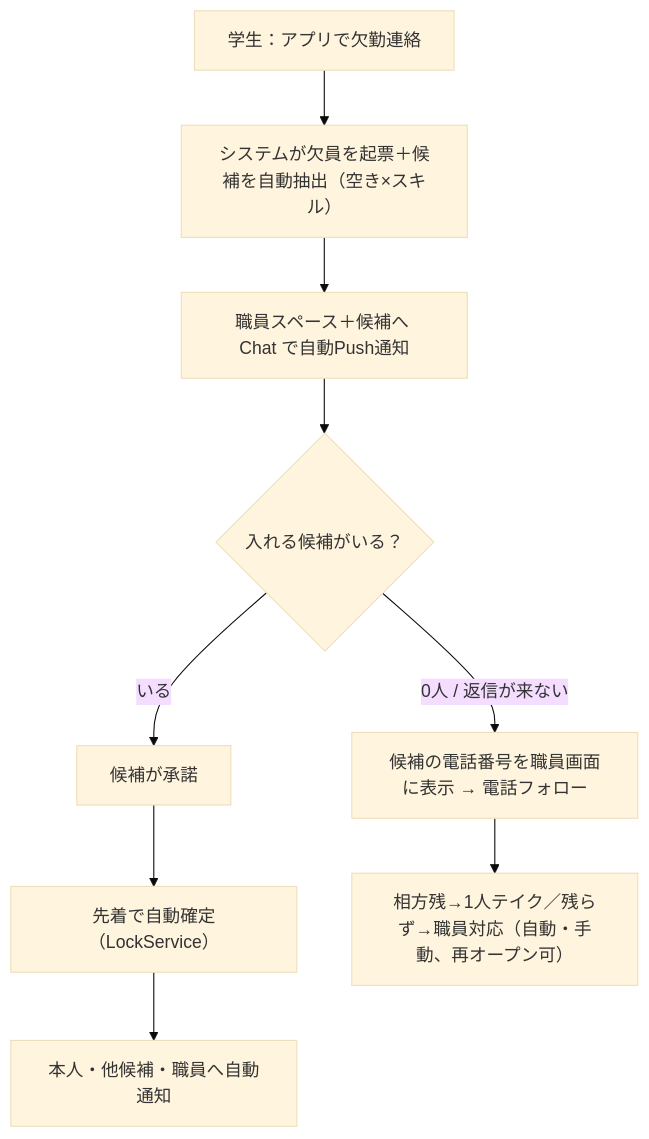
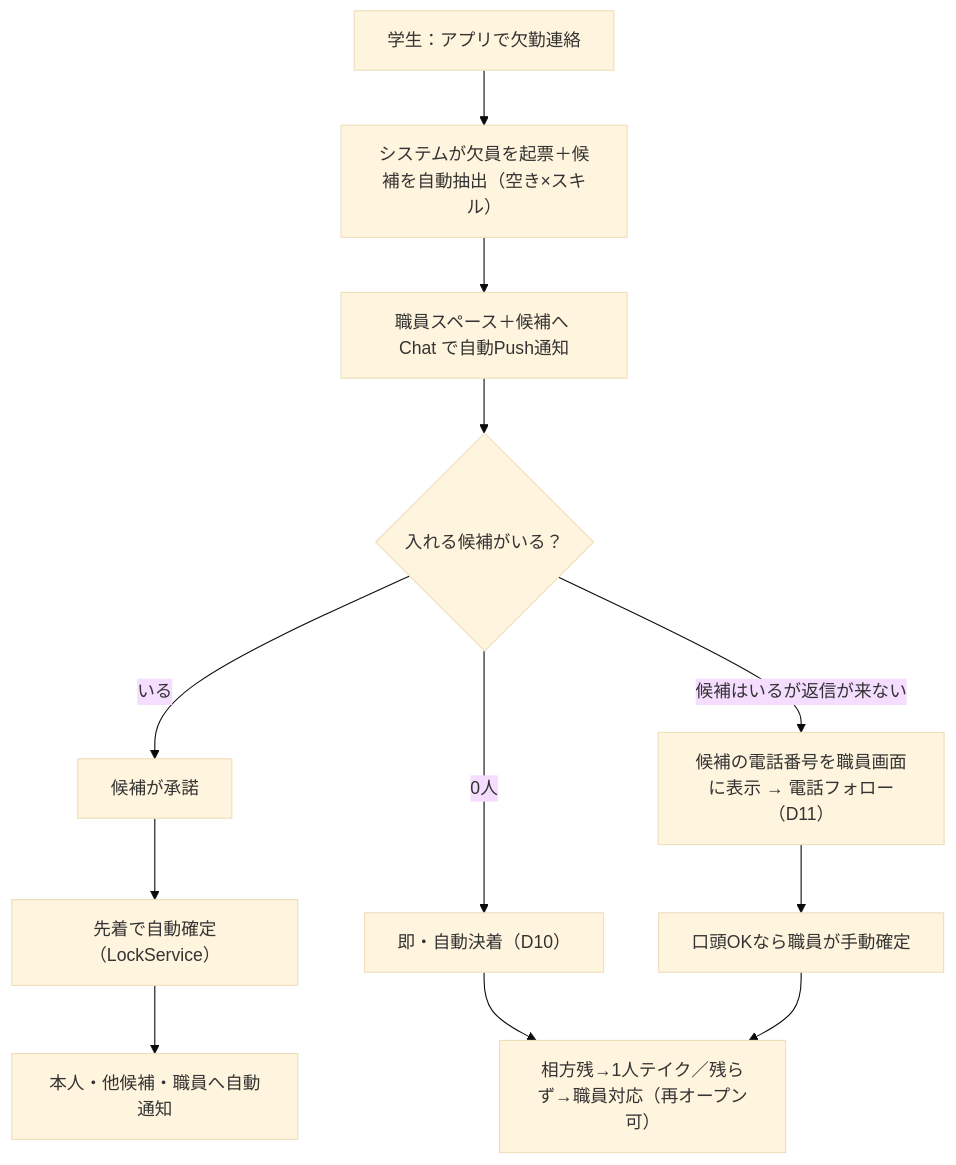
Before and after one commit to Nakano-official/takeover: the second of 4 diagrams in docs/requirements.md, drawn with Mermaid (base theme). The commit also changed other lines of this file and 1 other file, not shown here.

Commit message:
docs: 整合性修正 — periods 1〜7・未決事項を労務管理システム/解決済みに・To-Be図分岐・changelog 06-24
- requirements.md: periods を 1〜7 に統一（claude.md / Setup.js と一致）
- requirements.md: 未決事項「勤怠データの入手経路」を労務管理システム表記＋D2解決済みに更新
- requirements.md: 課題1 To-Be 図で 0人(D10即決着) と 返信なし(D11電話フォロー) を分岐
- changelog.md: 性能改善・ドキュメント整理を 2026-06-24 セクションに分離

````diff
--- a/docs/requirements.md
+++ b/docs/requirements.md
@@ -52,11 +52,14 @@
 ```mermaid
 flowchart TD
   A["学生：アプリで欠勤連絡"] --> B["システムが欠員を起票＋候補を自動抽出（空き×スキル）"]
   B --> C["職員スペース＋候補へ Chat で自動Push通知"]
   C --> D{"入れる候補がいる？"}
   D -->|いる| E["候補が承諾"]
   E --> F["先着で自動確定（LockService）"]
   F --> G["本人・他候補・職員へ自動通知"]
-  D -->|0人 / 返信が来ない| H["候補の電話番号を職員画面に表示 → 電話フォロー"]
-  H --> I["相方残→1人テイク／残らず→職員対応（自動・手動、再オープン可）"]
+  D -->|0人| J["即・自動決着（D10）"]
+  D -->|候補はいるが返信が来ない| H["候補の電話番号を職員画面に表示 → 電話フォロー（D11）"]
+  H --> K["口頭OKなら職員が手動確定"]
+  J --> I["相方残→1人テイク／残らず→職員対応（再オープン可）"]
+  K --> I
 ```
````
